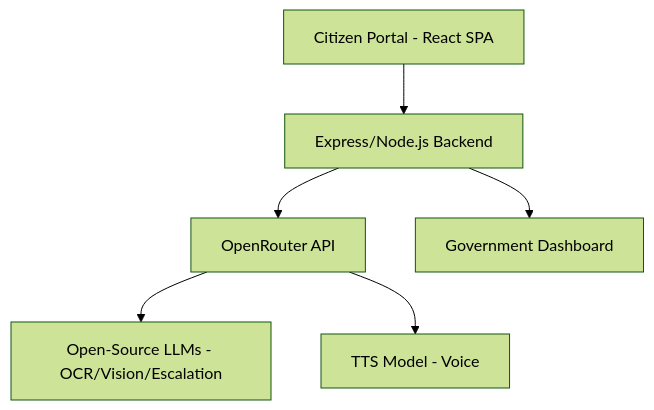
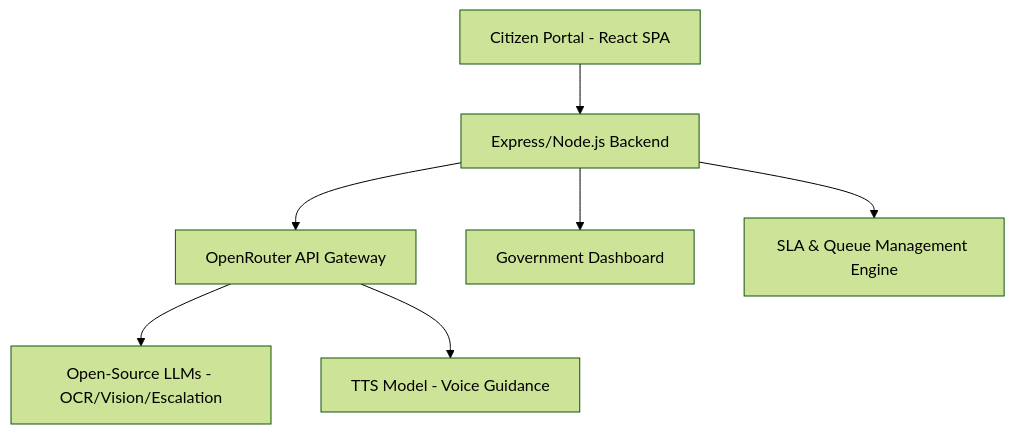
Before and after one commit to Decoy-ux/hack: the diagram in README.md, drawn with Mermaid (forest theme). The commit also changed other lines of this file, not shown here.

````diff
--- a/README.md
+++ b/README.md
@@ -73,8 +28,9 @@
 ```mermaid
 graph TD
     A[Citizen Portal - React SPA] --> B[Express/Node.js Backend]
-    B --> C[OpenRouter API]
+    B --> C[OpenRouter API Gateway]
     C --> D[Open-Source LLMs - OCR/Vision/Escalation]
-    C --> E[TTS Model - Voice]
+    C --> E[TTS Model - Voice Guidance]
     B --> F[Government Dashboard]
+    B --> G[SLA & Queue Management Engine]
 ```
````
